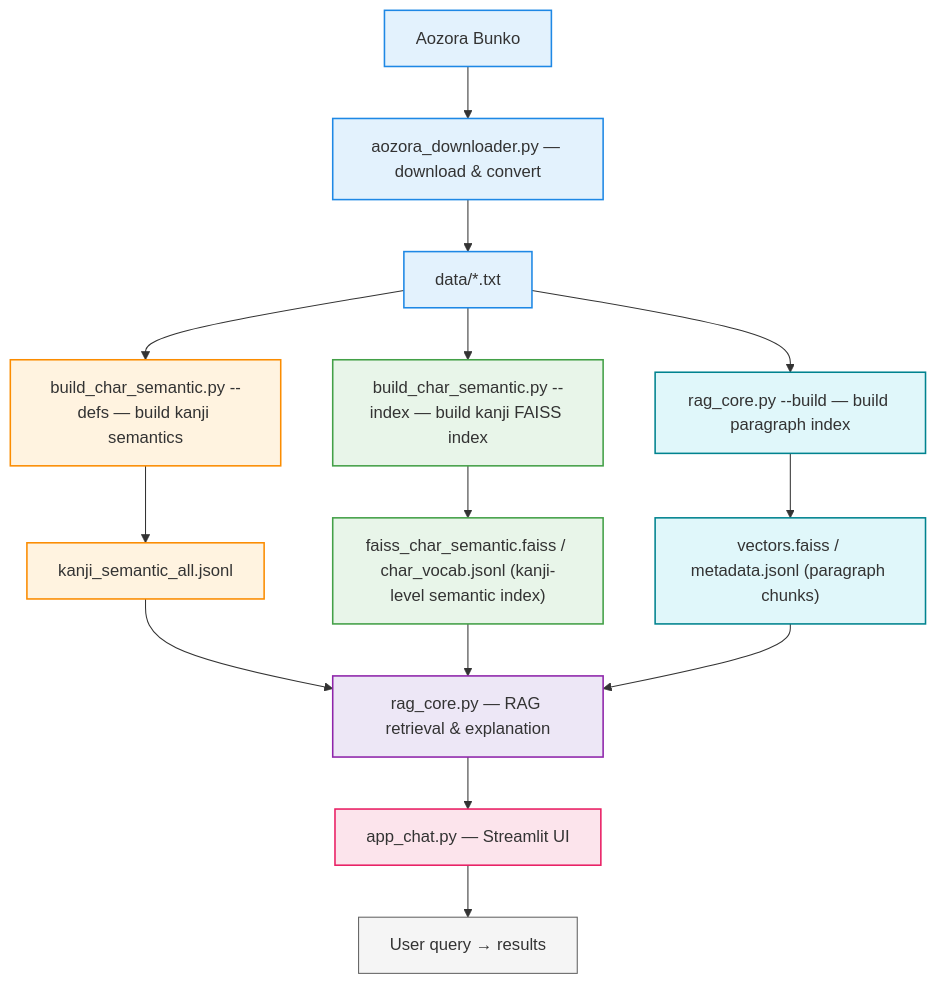
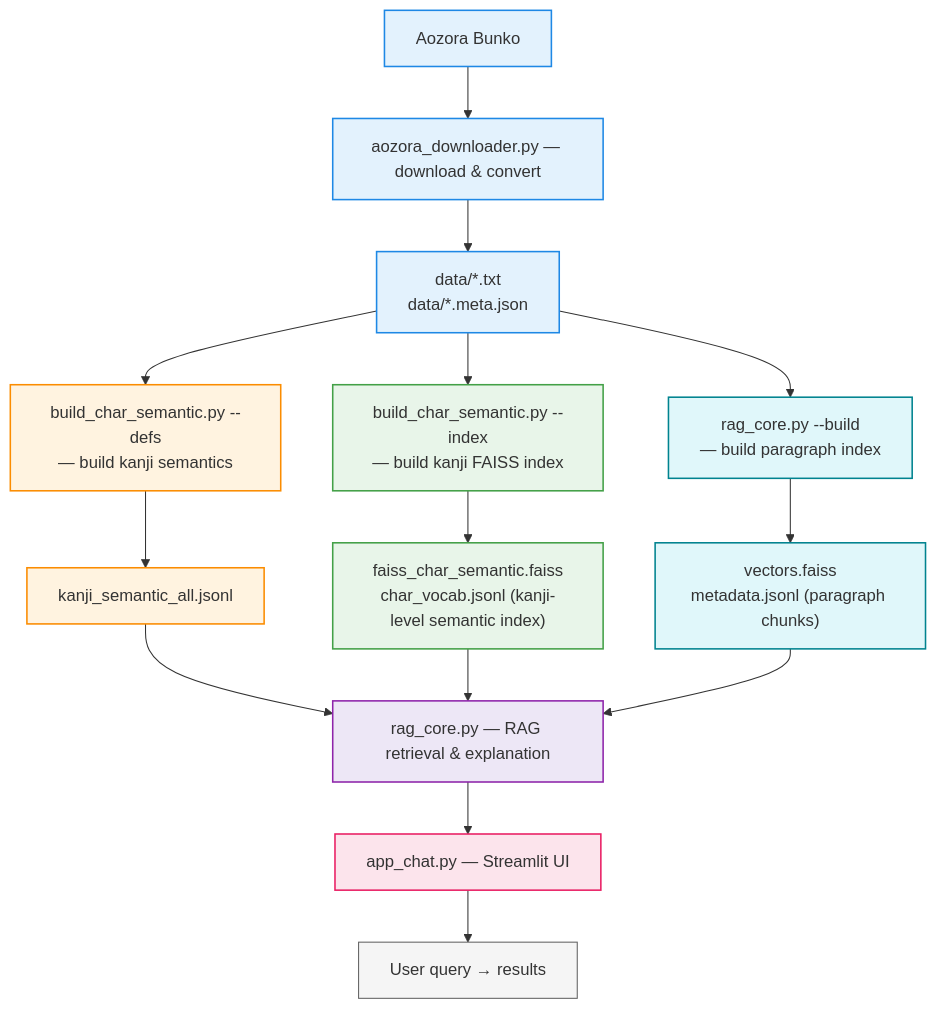
Before and after one commit to ying79/DH: the diagram in README.md, drawn with Mermaid. The commit also changed other lines of this file, not shown here.

Commit message:
Fix typos and small formatting inconsistencies in README

````diff
--- a/README.md
+++ b/README.md
@@ -92,36 +92,36 @@
 ```mermaid
 flowchart TD
 
     %% ---------- Node Styles ----------
     classDef down fill:#e3f2fd,stroke:#1e88e5,stroke-width:1.5px;
     classDef build fill:#fff3e0,stroke:#fb8c00,stroke-width:1.5px;
     classDef index fill:#e8f5e9,stroke:#43a047,stroke-width:1.5px;
     classDef para fill:#e0f7fa,stroke:#00838f,stroke-width:1.5px;
     classDef rag fill:#ede7f6,stroke:#8e24aa,stroke-width:1.5px;
     classDef ui fill:#fce4ec,stroke:#e91e63,stroke-width:1.5px;
     classDef user fill:#f5f5f5,stroke:#616161,stroke-width:1px;
 
     %% ---------- Flow ----------
     A["Aozora Bunko"]:::down --> B["aozora_downloader.py — download & convert"]:::down
-    B --> C["data/*.txt"]:::down
+    B --> C["data/*.txt<br/>data/*.meta.json"]:::down
 
     %% ---- char-level semantic workflow ----
-    C --> D["build_char_semantic.py --defs — build kanji semantics"]:::build
+    C --> D["build_char_semantic.py --defs<br/>— build kanji semantics"]:::build
     D --> E["kanji_semantic_all.jsonl"]:::build
     
-    C --> F["build_char_semantic.py --index — build kanji FAISS index"]:::index
-    F --> G["faiss_char_semantic.faiss / char_vocab.jsonl (kanji-level semantic index)"]:::index
+    C --> F["build_char_semantic.py --index<br/>— build kanji FAISS index"]:::index
+    F --> G["faiss_char_semantic.faiss<br/>char_vocab.jsonl (kanji-level semantic index)"]:::index
 
     %% ---- paragraph-level RAG index ----
-    C --> K["rag_core.py --build — build paragraph index"]:::para
-    K --> L["vectors.faiss / metadata.jsonl (paragraph chunks)"]:::para
+    C --> K["rag_core.py --build<br/>— build paragraph index"]:::para
+    K --> L["vectors.faiss<br/>metadata.jsonl (paragraph chunks)"]:::para
 
     %% ---- combine into RAG ----
     E --> H["rag_core.py — RAG retrieval & explanation"]:::rag
     G --> H
     L --> H
 
     H --> I["app_chat.py — Streamlit UI"]:::ui
     I --> J["User query → results"]:::user
 
 ```
````
